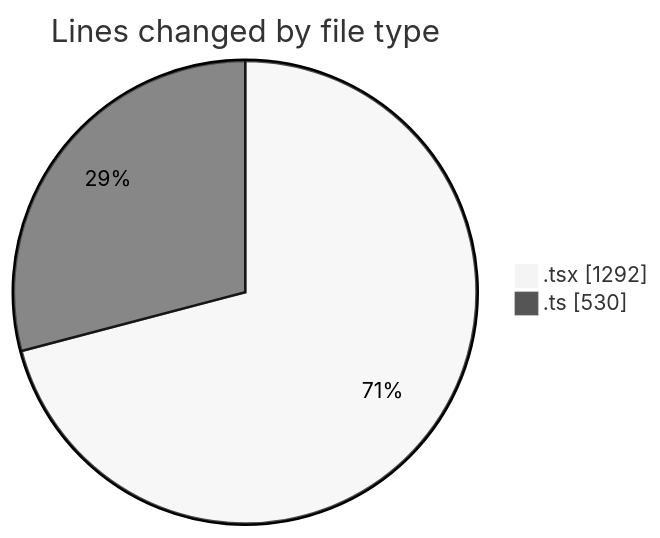
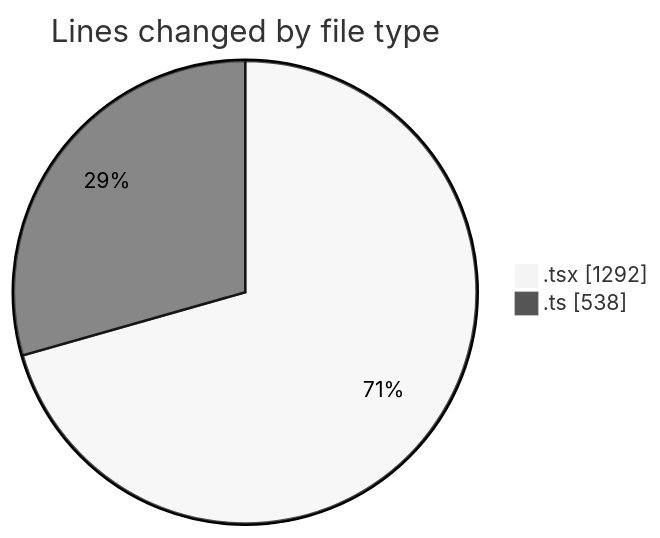
Before and after one commit to nxtqubesakshisongat/code-tracking: the first of 2 diagrams in 2026-05-12/nxtqube_webapp/README.md, drawn with Mermaid (neutral theme). The commit also changed other lines of this file and 1 other file, not shown here.

````diff
--- a/2026-05-12/nxtqube_webapp/README.md
+++ b/2026-05-12/nxtqube_webapp/README.md
@@ -22,6 +22,6 @@
 ```mermaid
 pie showData
 title Lines changed by file type
 ".tsx" : 1292
-".ts" : 530
+".ts" : 538
 ```
````
